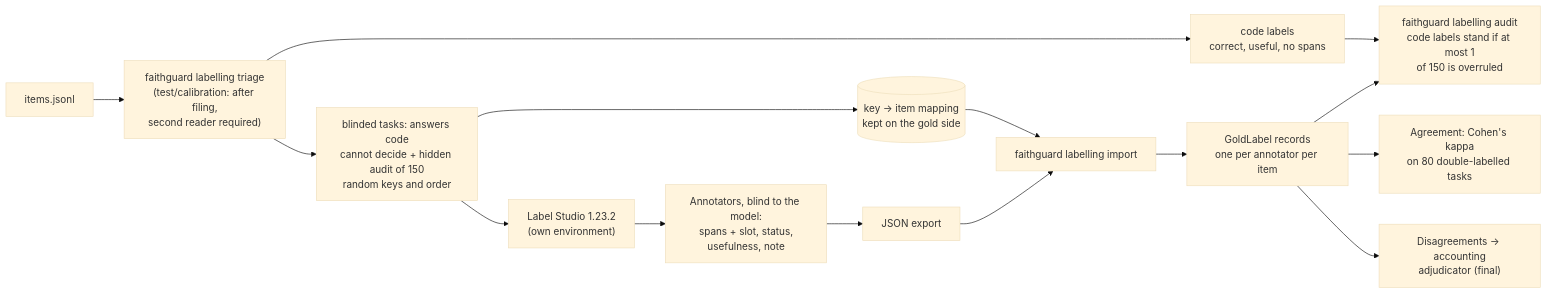
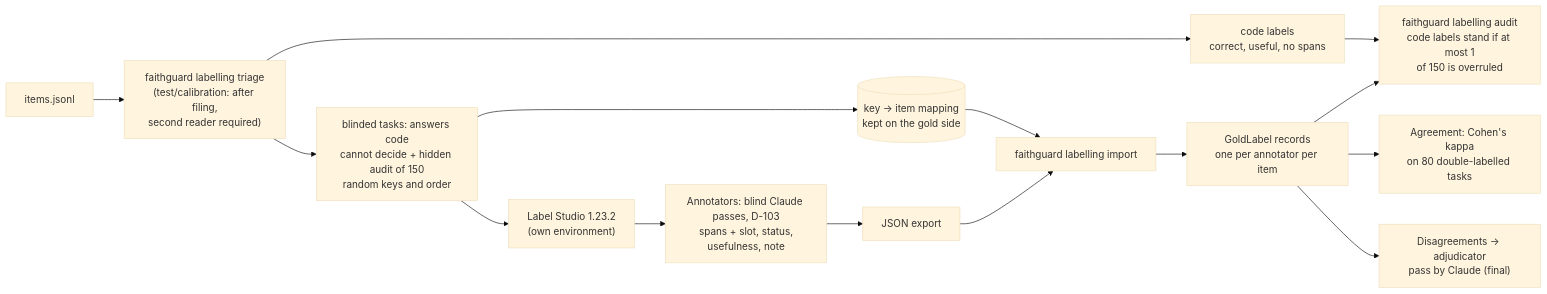
One commit to SharafThawfeek/FaithGurd-new changed diagram 29 of 32 in docs/architecture.md. Above: the diagram before and after it, drawn with Mermaid (base theme). The commit also changed other lines of this file and 38 other files, not shown here.

````diff
--- a/docs/architecture.md
+++ b/docs/architecture.md
@@ -872,17 +872,17 @@
 ```mermaid
 flowchart LR
     IT["items.jsonl"] --> TR["faithguard labelling triage<br/>(test/calibration: after filing,<br/>second reader required)"]
     TR --> CL["code labels<br/>correct, useful, no spans"]
     TR --> TK["blinded tasks: answers code<br/>cannot decide + hidden audit of 150<br/>random keys and order"]
     TK --> KEY[("key -> item mapping<br/>kept on the gold side")]
     TK --> LS["Label Studio 1.23.2<br/>(own environment)"]
-    LS --> AN["Annotators, blind to the model:<br/>spans + slot, status,<br/>usefulness, note"]
+    LS --> AN["Annotators: blind Claude passes, D-103<br/>spans + slot, status,<br/>usefulness, note"]
     AN --> EXP["JSON export"]
     EXP --> IMP["faithguard labelling import"]
     KEY --> IMP
     IMP --> GL["GoldLabel records<br/>one per annotator per item"]
     GL --> AUD["faithguard labelling audit<br/>code labels stand if at most 1<br/>of 150 is overruled"]
     CL --> AUD
     GL --> AGR["Agreement: Cohen's kappa<br/>on 80 double-labelled tasks"]
-    GL --> ADJ["Disagreements -> accounting<br/>adjudicator (final)"]
+    GL --> ADJ["Disagreements -> adjudicator<br/>pass by Claude (final)"]
 ```
````
